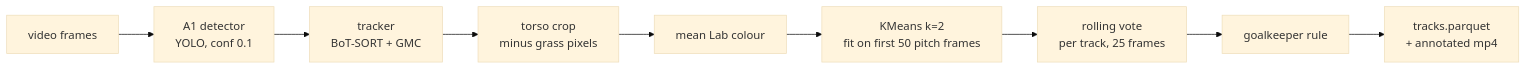
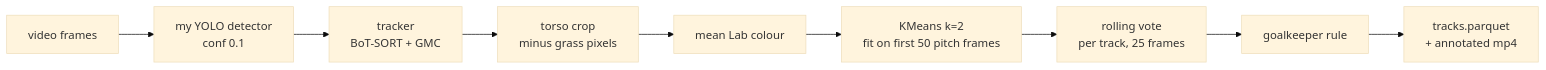
One commit to Kushagra077/football-team-tracker changed the diagram in README.md. Above: the diagram before and after it, drawn with Mermaid (base theme). The commit also changed other lines of this file and 29 other files, not shown here.

First line of the commit message:
Scale settings to video fps/size, add team schema check, remove project labels

````diff
--- a/README.md
+++ b/README.md
@@ -58,11 +58,11 @@
 ```mermaid
 flowchart LR
-    V[video frames] --> D[A1 detector<br/>YOLO, conf 0.1]
+    V[video frames] --> D[my YOLO detector<br/>conf 0.1]
     D --> T[tracker<br/>BoT-SORT + GMC]
     T --> C[torso crop<br/>minus grass pixels]
     C --> F[mean Lab colour]
     F --> K[KMeans k=2<br/>fit on first 50 pitch frames]
     K --> R[rolling vote<br/>per track, 25 frames]
     R --> G[goalkeeper rule]
     G --> P[tracks.parquet<br/>+ annotated mp4]
 ```
````
